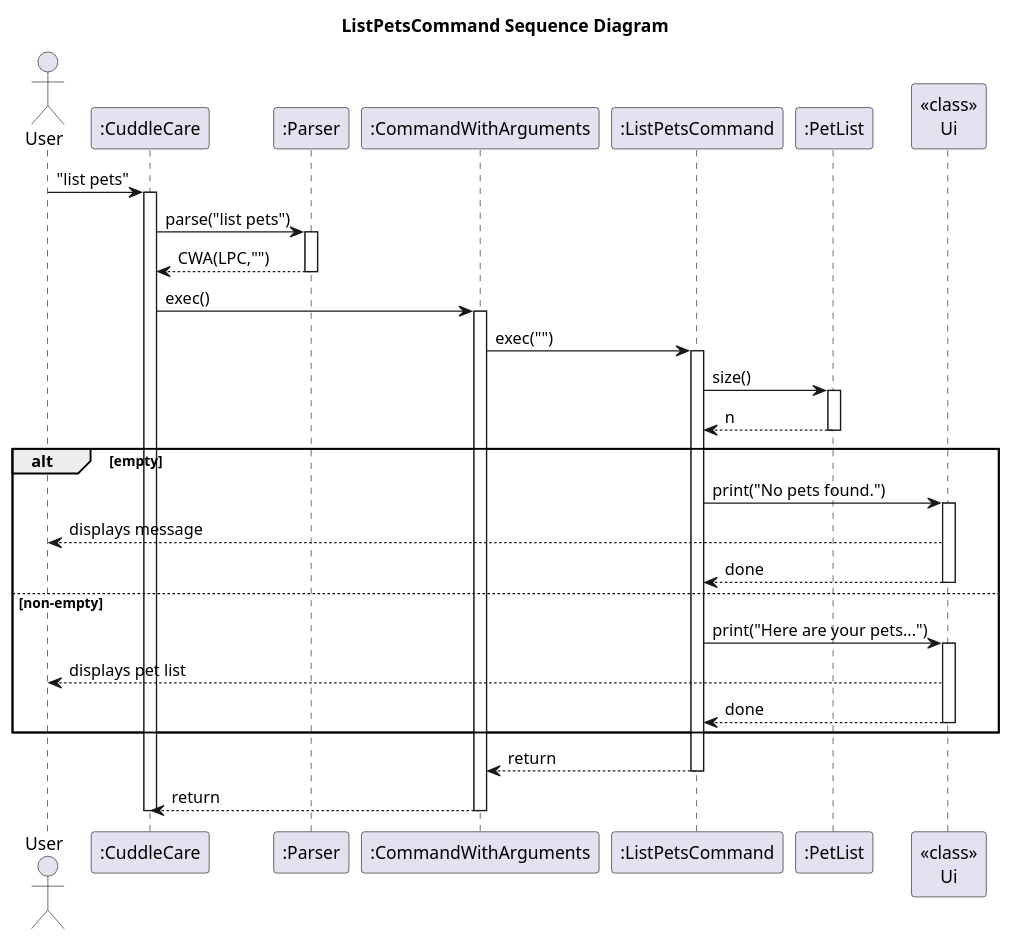
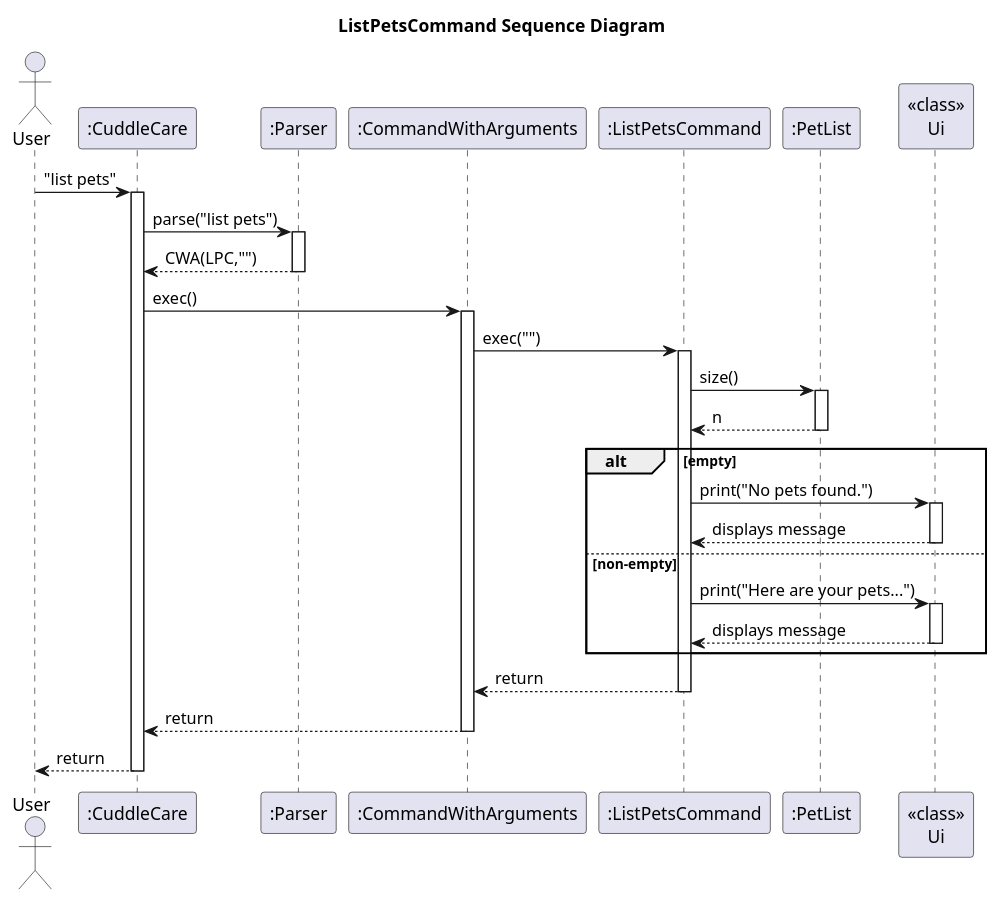
One commit to Kevin88866/tp changed the diagram in docs/uml/ListPetsCommand_Sequence_Diagram.puml. Above: the diagram before and after it, drawn with PlantUML. The commit also changed 9 other files, not shown here.

Commit message:
modify sequence diagram

```diff
--- a/docs/uml/ListPetsCommand_Sequence_Diagram.puml
+++ b/docs/uml/ListPetsCommand_Sequence_Diagram.puml
@@ -1,46 +1,45 @@
 @startuml
 title ListPetsCommand Sequence Diagram
 actor User
 participant ":CuddleCare" as CuddleCare
 participant ":Parser" as Parser
 participant ":CommandWithArguments" as CWA
 participant ":ListPetsCommand" as LPC
 participant ":PetList" as PetList
 participant "<<class>>\nUi" as Ui
 
 User -> CuddleCare : "list pets"
 activate CuddleCare
 CuddleCare -> Parser : parse("list pets")
 activate Parser
 Parser --> CuddleCare : CWA(LPC,"")
 deactivate Parser
 
 CuddleCare -> CWA : exec()
 activate CWA
 CWA -> LPC : exec("")
 activate LPC
 LPC -> PetList : size()
 activate PetList
 PetList --> LPC : n
 deactivate PetList
 
 alt empty
   LPC -> Ui : print("No pets found.")
   activate Ui
-  Ui --> User : displays message
-  Ui --> LPC : done
+  Ui --> LPC : displays message
   deactivate Ui
 else non-empty
   LPC -> Ui : print("Here are your pets...")
   activate Ui
-  Ui --> User : displays pet list
-  Ui --> LPC : done
+  Ui --> LPC : displays message
   deactivate Ui
 end
 
 LPC --> CWA : return
 deactivate LPC
 CWA --> CuddleCare : return
 deactivate CWA
+CuddleCare --> User : return
 deactivate CuddleCare
 @enduml
```
